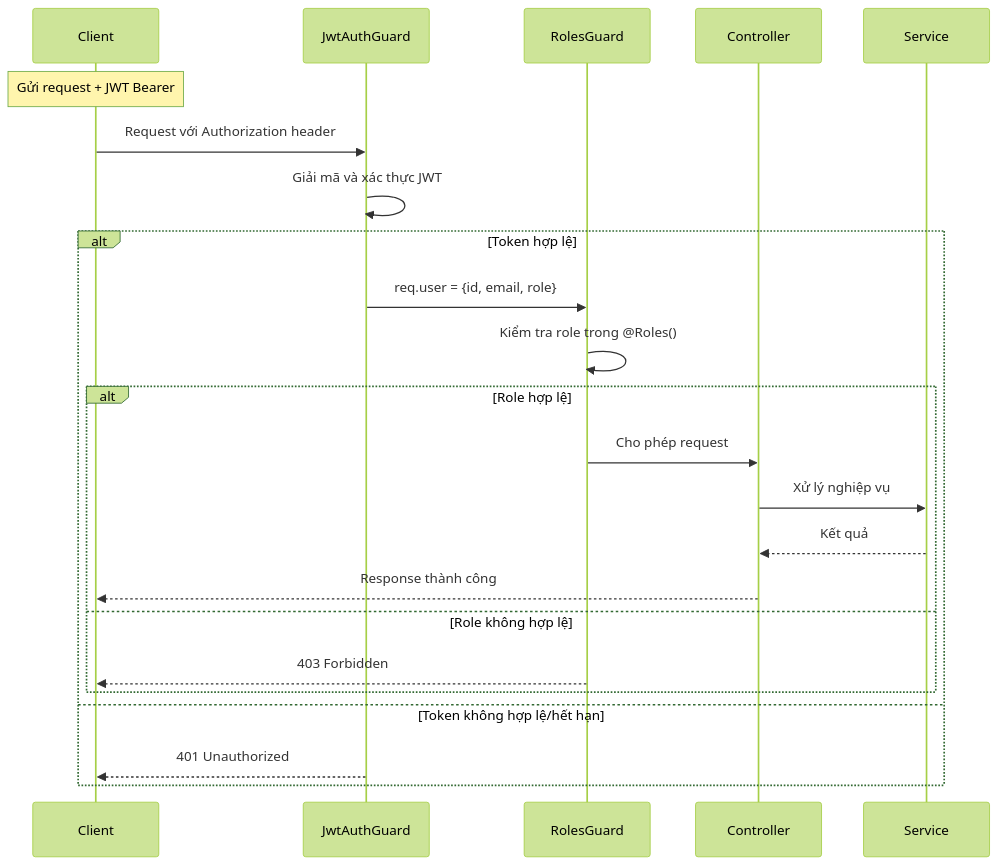
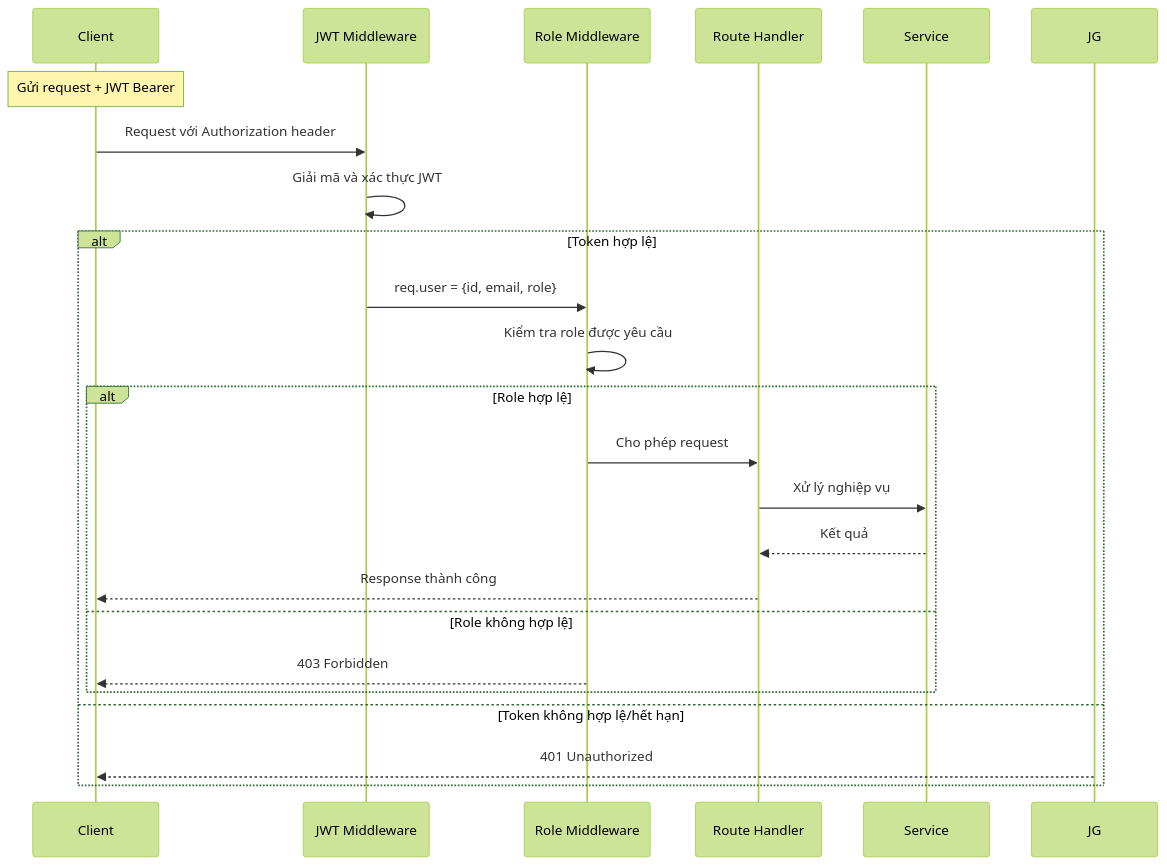
One commit to nghiaxh/hr-management changed the eighth of 8 diagrams in docs/SRS.md. Above: the diagram before and after it, drawn with Mermaid (forest theme). The commit also changed other lines of this file and 4 other files, not shown here.

````diff
--- a/docs/SRS.md
+++ b/docs/SRS.md
@@ -778,26 +778,26 @@
 ```mermaid
 sequenceDiagram
     participant C as Client
-    participant JG as JwtAuthGuard
-    participant RG as RolesGuard
-    participant CO as Controller
+    participant AUTH as JWT Middleware
+    participant ROLES as Role Middleware
+    participant ROUTE as Route Handler
     participant S as Service
 
     Note over C: Gửi request + JWT Bearer
-    C->>JG: Request với Authorization header
-    JG->>JG: Giải mã và xác thực JWT
+    C->>AUTH: Request với Authorization header
+    AUTH->>AUTH: Giải mã và xác thực JWT
     alt Token hợp lệ
-        JG->>RG: req.user = {id, email, role}
-        RG->>RG: Kiểm tra role trong @Roles()
+        AUTH->>ROLES: req.user = {id, email, role}
+        ROLES->>ROLES: Kiểm tra role được yêu cầu
         alt Role hợp lệ
-            RG->>CO: Cho phép request
-            CO->>S: Xử lý nghiệp vụ
-            S-->>CO: Kết quả
-            CO-->>C: Response thành công
+            ROLES->>ROUTE: Cho phép request
+            ROUTE->>S: Xử lý nghiệp vụ
+            S-->>ROUTE: Kết quả
+            ROUTE-->>C: Response thành công
         else Role không hợp lệ
-            RG-->>C: 403 Forbidden
+            ROLES-->>C: 403 Forbidden
         end
     else Token không hợp lệ/hết hạn
         JG-->>C: 401 Unauthorized
     end
 ```
````
